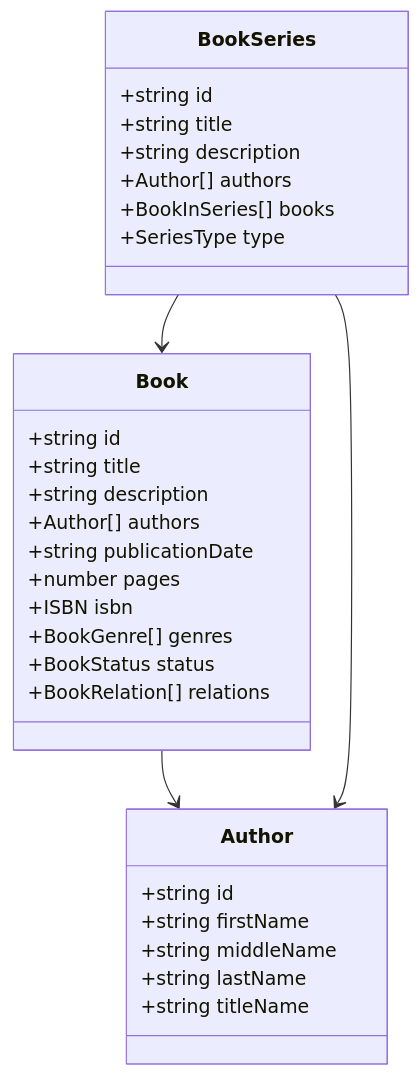
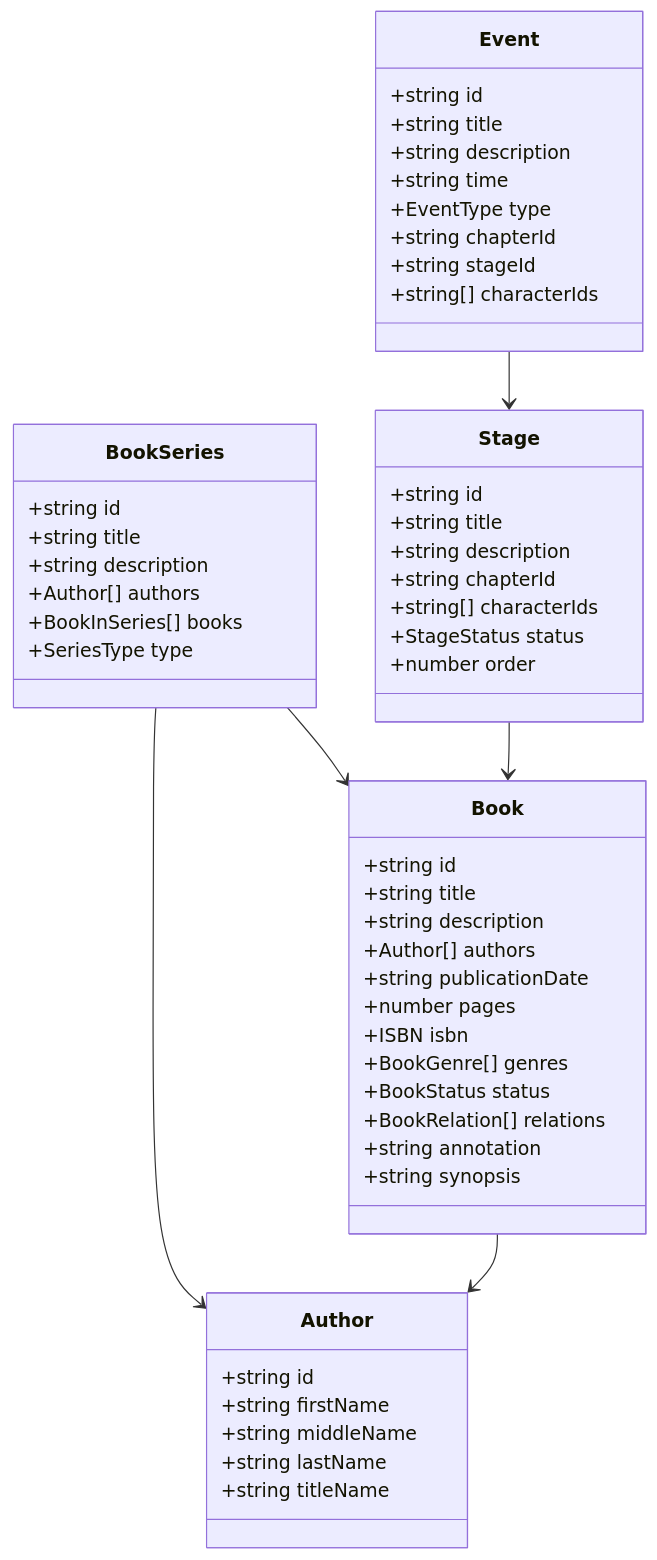
One commit to ikloster03/snowflake-desktop changed the third of 3 diagrams in docs/structure.md. Above: the diagram before and after it, drawn with Mermaid. The commit also changed other lines of this file, not shown here.

Commit message:
docs(structure): update project architecture diagram with new modules and entities

````diff
--- a/docs/structure.md
+++ b/docs/structure.md
@@ -44,36 +54,56 @@
 ```mermaid
 classDiagram
     class Book {
-        +string id
-        +string title
-        +string description
-        +Author[] authors
-        +string publicationDate
-        +number pages
-        +ISBN isbn
-        +BookGenre[] genres
-        +BookStatus status
-        +BookRelation[] relations
+      +string id
+      +string title
+      +string description
+      +Author[] authors
+      +string publicationDate
+      +number pages
+      +ISBN isbn
+      +BookGenre[] genres
+      +BookStatus status
+      +BookRelation[] relations
+      +string annotation
+      +string synopsis
     }
-
     class Author {
-        +string id
-        +string firstName
-        +string middleName
-        +string lastName
-        +string titleName
+      +string id
+      +string firstName
+      +string middleName
+      +string lastName
+      +string titleName
     }
-
     class BookSeries {
-        +string id
-        +string title
-        +string description
-        +Author[] authors
-        +BookInSeries[] books
-        +SeriesType type
+      +string id
+      +string title
+      +string description
+      +Author[] authors
+      +BookInSeries[] books
+      +SeriesType type
     }
-
+    class Stage {
+      +string id
+      +string title
+      +string description
+      +string chapterId
+      +string[] characterIds
+      +StageStatus status
+      +number order
+    }
+    class Event {
+      +string id
+      +string title
+      +string description
+      +string time
+      +EventType type
+      +string chapterId
+      +string stageId
+      +string[] characterIds
+    }
     Book --> Author
     BookSeries --> Author
     BookSeries --> Book
+    Stage --> Book
+    Event --> Stage
 ```
````
